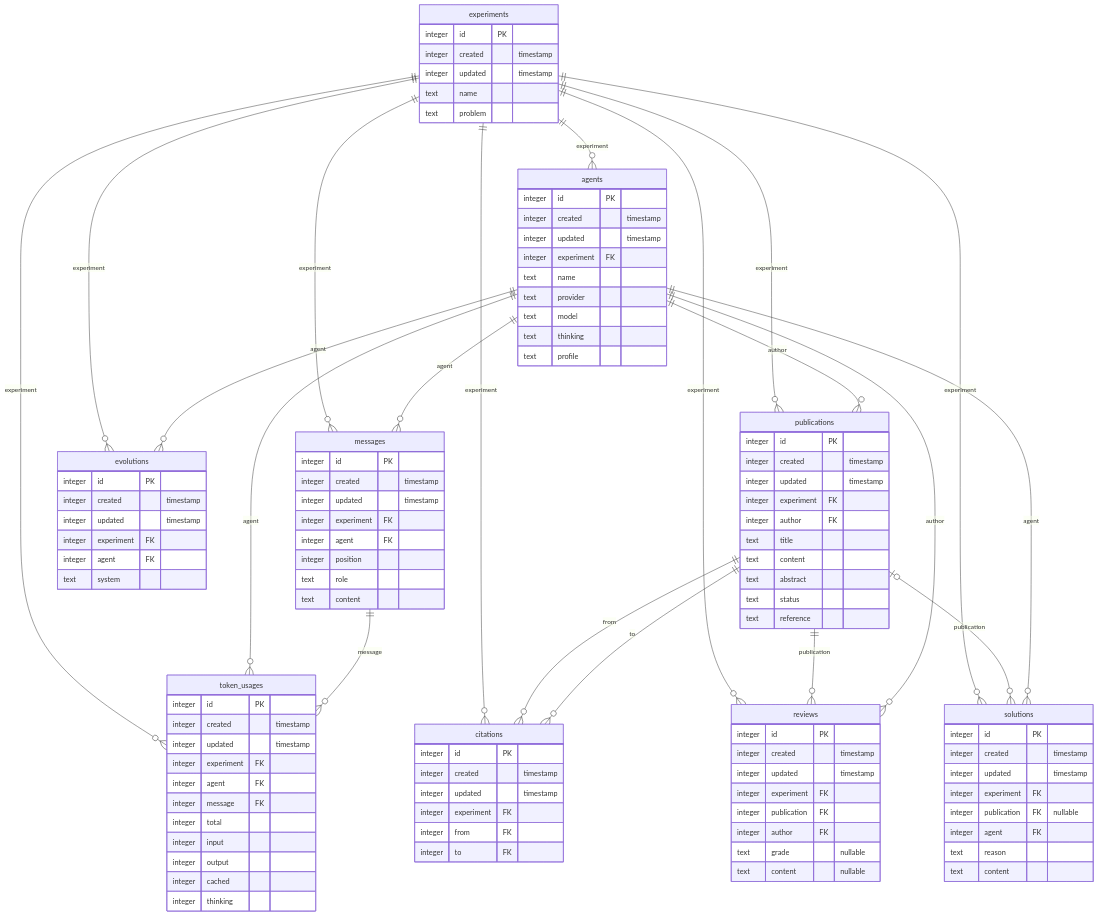
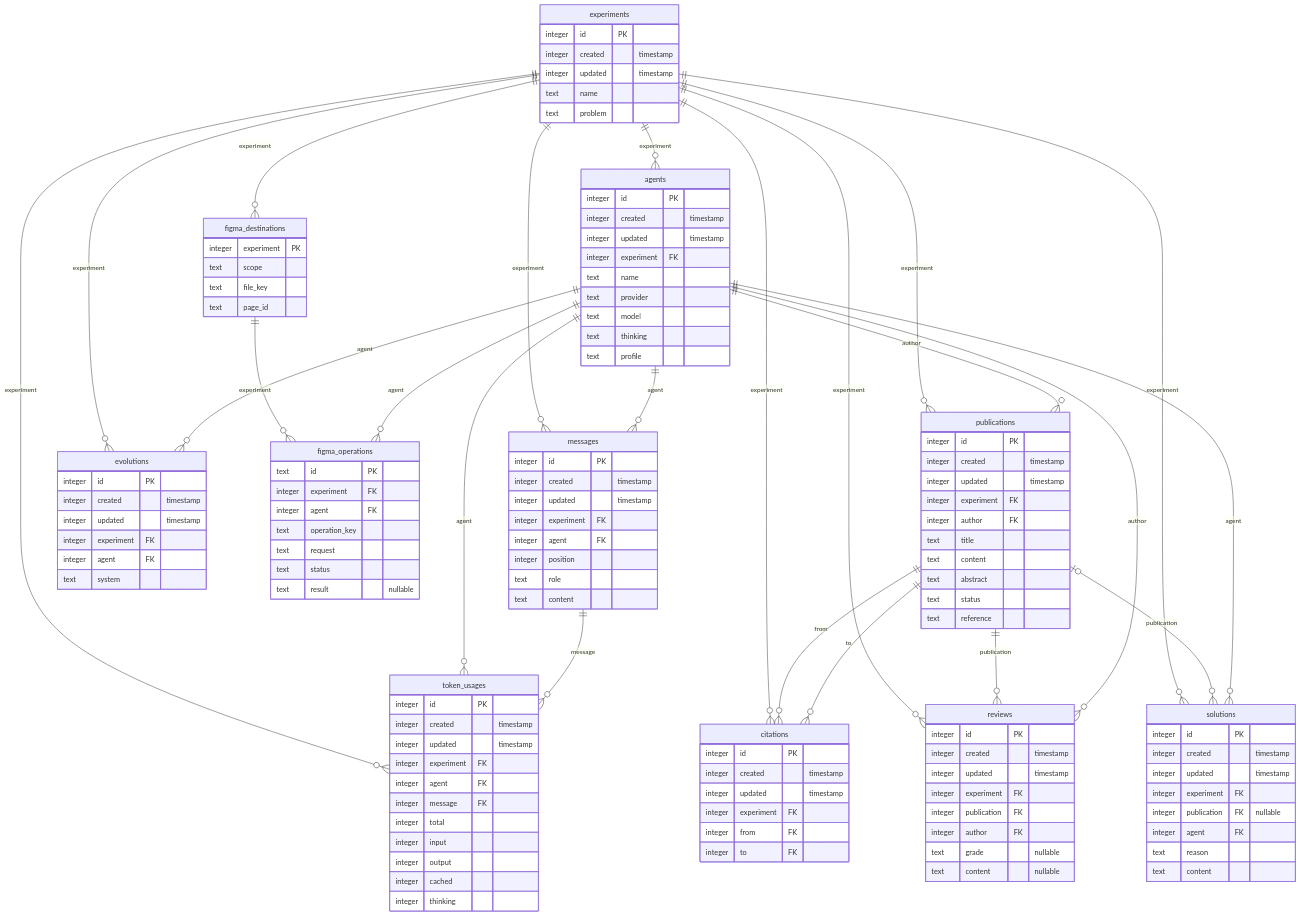
Before and after one commit to BenCoDev/dsgnrd: the diagram in docs/diagrams/dsgnrd-current.mmd, drawn with Mermaid. The commit also changed 45 other files, not shown here.

```diff
--- a/docs/diagrams/dsgnrd-current.mmd
+++ b/docs/diagrams/dsgnrd-current.mmd
@@ -1,111 +1,129 @@
 %% Implemented dsgnrd schema; generated by scripts/render-schema.mjs
 erDiagram
     direction TB
     agents {
         integer id PK
         integer created "timestamp"
         integer updated "timestamp"
         integer experiment FK
         text name
         text provider
         text model
         text thinking
         text profile
     }
     experiments ||--o{ agents : "experiment"
     citations {
         integer id PK
         integer created "timestamp"
         integer updated "timestamp"
         integer experiment FK
         integer from FK
         integer to FK
     }
     experiments ||--o{ citations : "experiment"
     publications ||--o{ citations : "from"
     publications ||--o{ citations : "to"
     evolutions {
         integer id PK
         integer created "timestamp"
         integer updated "timestamp"
         integer experiment FK
         integer agent FK
         text system
     }
     experiments ||--o{ evolutions : "experiment"
     agents ||--o{ evolutions : "agent"
     experiments {
         integer id PK
         integer created "timestamp"
         integer updated "timestamp"
         text name
         text problem
     }
+    figma_destinations {
+        integer experiment PK
+        text scope
+        text file_key
+        text page_id
+    }
+    experiments ||--o{ figma_destinations : "experiment"
+    figma_operations {
+        text id PK
+        integer experiment FK
+        integer agent FK
+        text operation_key
+        text request
+        text status
+        text result "nullable"
+    }
+    figma_destinations ||--o{ figma_operations : "experiment"
+    agents ||--o{ figma_operations : "agent"
     messages {
         integer id PK
         integer created "timestamp"
         integer updated "timestamp"
         integer experiment FK
         integer agent FK
         integer position
         text role
         text content
     }
     experiments ||--o{ messages : "experiment"
     agents ||--o{ messages : "agent"
     publications {
         integer id PK
         integer created "timestamp"
         integer updated "timestamp"
         integer experiment FK
         integer author FK
         text title
         text content
         text abstract
         text status
         text reference
     }
     experiments ||--o{ publications : "experiment"
     agents ||--o{ publications : "author"
     reviews {
         integer id PK
         integer created "timestamp"
         integer updated "timestamp"
         integer experiment FK
         integer publication FK
         integer author FK
         text grade "nullable"
         text content "nullable"
     }
     experiments ||--o{ reviews : "experiment"
     publications ||--o{ reviews : "publication"
     agents ||--o{ reviews : "author"
     solutions {
         integer id PK
         integer created "timestamp"
         integer updated "timestamp"
         integer experiment FK
         integer publication FK "nullable"
         integer agent FK
         text reason
         text content
     }
     experiments ||--o{ solutions : "experiment"
     publications |o--o{ solutions : "publication"
     agents ||--o{ solutions : "agent"
     token_usages {
         integer id PK
         integer created "timestamp"
         integer updated "timestamp"
         integer experiment FK
         integer agent FK
         integer message FK
         integer total
         integer input
         integer output
         integer cached
         integer thinking
     }
     experiments ||--o{ token_usages : "experiment"
     agents ||--o{ token_usages : "agent"
     messages ||--o{ token_usages : "message"
```
